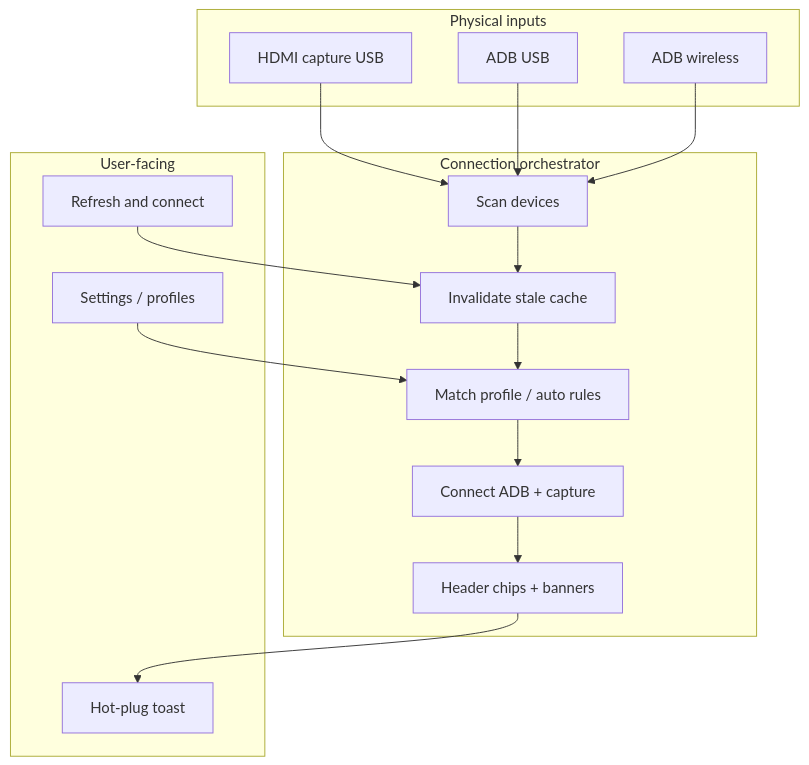
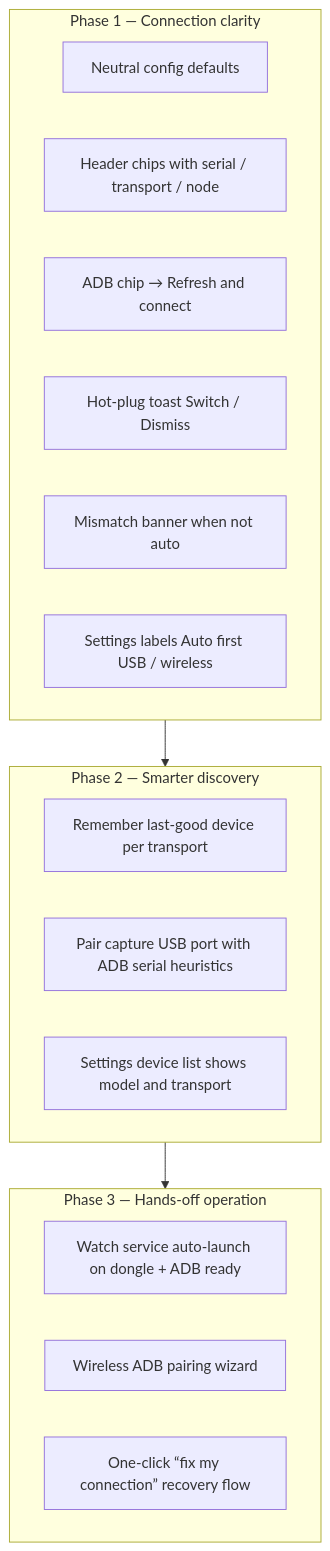
The diagram in docs/SEAMLESS-UX.md (thothassistantai-web/android-tv-connect), drawn with Mermaid before and after one commit. The commit also changed other lines of this file and 3 other files, not shown here.

First line of the commit message:
Fix Phase 1 UX: ADB chip always refreshes and mismatch respects auto mode.

````diff
--- a/docs/SEAMLESS-UX.md
+++ b/docs/SEAMLESS-UX.md
@@ -13,33 +14,25 @@
 ```mermaid
 flowchart TB
-    subgraph inputs [Physical inputs]
-        CAP[HDMI capture USB]
-        ADB_USB[ADB USB]
-        ADB_WIFI[ADB wireless]
+    subgraph phase1 [Phase 1 — Connection clarity]
+        P1A[Neutral config defaults]
+        P1B[Header chips with serial / transport / node]
+        P1C[ADB chip → Refresh and connect]
+        P1D[Hot-plug toast Switch / Dismiss]
+        P1E[Mismatch banner when not auto]
+        P1F[Settings labels Auto first USB / wireless]
     end
 
-    subgraph orchestrator [Connection orchestrator]
-        SCAN[Scan devices]
-        CACHE[Invalidate stale cache]
-        MATCH[Match profile / auto rules]
-        CONNECT[Connect ADB + capture]
-        STATUS[Header chips + banners]
+    subgraph phase2 [Phase 2 — Smarter discovery]
+        P2A[Remember last-good device per transport]
+        P2B[Pair capture USB port with ADB serial heuristics]
+        P2C[Settings device list shows model and transport]
     end
 
-    subgraph ui [User-facing]
-        REFRESH[Refresh and connect]
-        TOAST[Hot-plug toast]
-        SETTINGS[Settings / profiles]
+    subgraph phase3 [Phase 3 — Hands-off operation]
+        P3A[Watch service auto-launch on dongle + ADB ready]
+        P3B[Wireless ADB pairing wizard]
+        P3C[One-click “fix my connection” recovery flow]
     end
 
-    CAP --> SCAN
-    ADB_USB --> SCAN
-    ADB_WIFI --> SCAN
-    SCAN --> CACHE
-    CACHE --> MATCH
-    MATCH --> CONNECT
-    CONNECT --> STATUS
-    REFRESH --> CACHE
-    STATUS --> TOAST
-    SETTINGS --> MATCH
+    phase1 --> phase2 --> phase3
 ```
````
